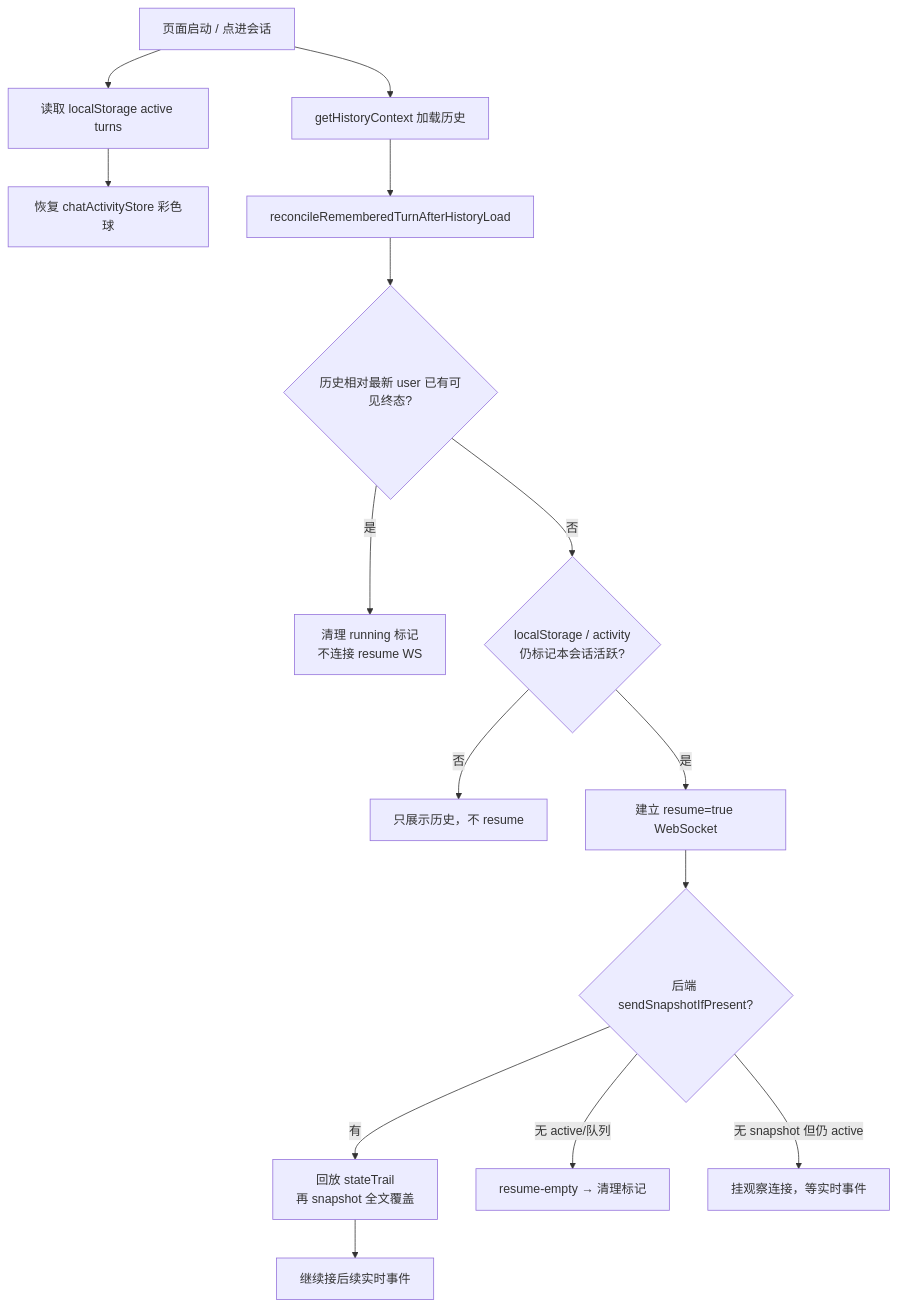
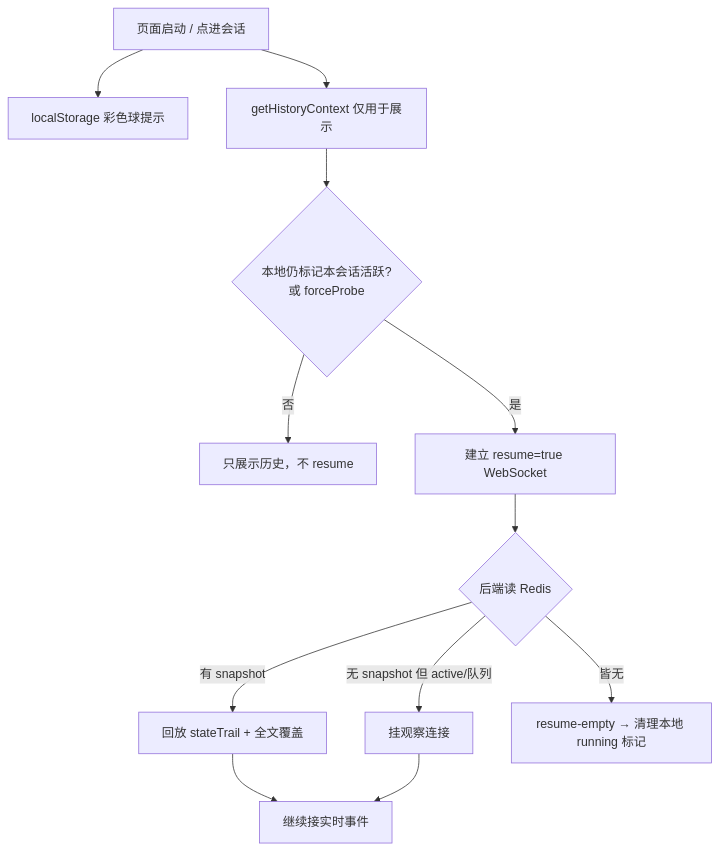
The fifth of 8 diagrams in 平台/聊天后台任务与重连恢复/README.md (jerryt92/j2agent-docs), drawn with Mermaid before and after one commit. The commit also changed other lines of this file, not shown here.

First line of the commit message:
refactor(chat): 重构聊天重连恢复逻辑确保终态只信Redis

````diff
--- a/平台/聊天后台任务与重连恢复/README.md
+++ b/平台/聊天后台任务与重连恢复/README.md
@@ -380,17 +395,14 @@
 ```mermaid
 flowchart TD
-  BOOT["页面启动 / 点进会话"] --> LOCAL["读取 localStorage active turns"]
-  LOCAL --> STORE["恢复 chatActivityStore 彩色球"]
-  BOOT --> HIST["getHistoryContext 加载历史"]
-  HIST --> RECON["reconcileRememberedTurnAfterHistoryLoad"]
-  RECON --> DONE{"历史相对最新 user 已有可见终态?"}
-  DONE -->|是| FIX["清理 running 标记<br/>不连接 resume WS"]
-  DONE -->|否| REM{"localStorage / activity<br/>仍标记本会话活跃?"}
+  BOOT["页面启动 / 点进会话"] --> LOCAL["localStorage 彩色球提示"]
+  BOOT --> HIST["getHistoryContext 仅用于展示"]
+  HIST --> REM{"本地仍标记本会话活跃?<br/>或 forceProbe"}
   REM -->|否| STATIC["只展示历史，不 resume"]
   REM -->|是| WS["建立 resume=true WebSocket"]
-  WS --> SNAP{"后端 sendSnapshotIfPresent?"}
-  SNAP -->|有| APPLY["回放 stateTrail<br/>再 snapshot 全文覆盖"]
-  APPLY --> STREAM["继续接后续实时事件"]
-  SNAP -->|无 active/队列| EMPTY["resume-empty → 清理标记"]
-  SNAP -->|无 snapshot 但仍 active| WAIT["挂观察连接，等实时事件"]
+  WS --> REDIS{"后端读 Redis"}
+  REDIS -->|有 snapshot| APPLY["回放 stateTrail + 全文覆盖"]
+  APPLY --> STREAM["继续接实时事件"]
+  REDIS -->|无 snapshot 但 active/队列| WAIT["挂观察连接"]
+  WAIT --> STREAM
+  REDIS -->|皆无| EMPTY["resume-empty → 清理本地 running 标记"]
 ```
````
